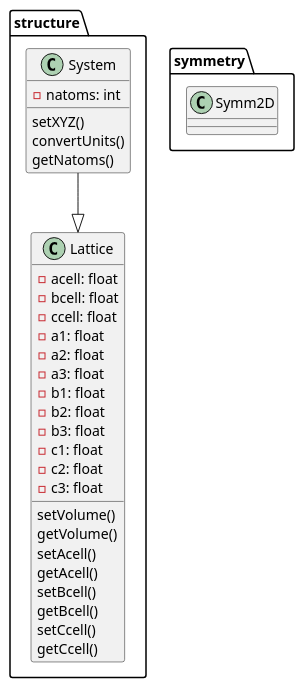
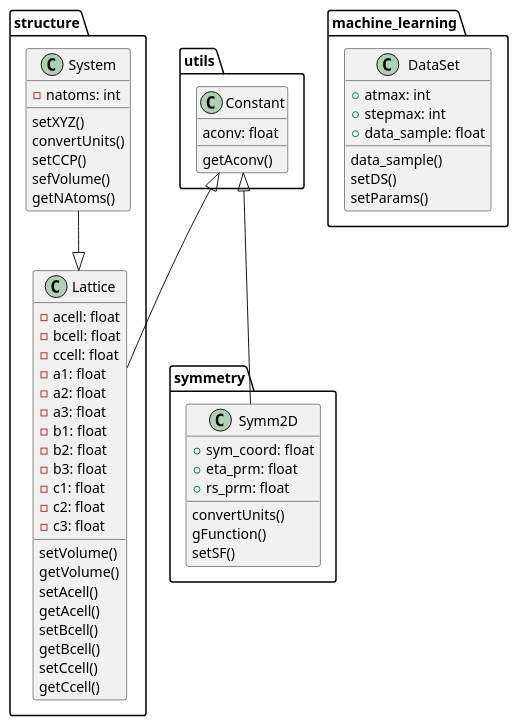
Before and after one commit to flavianowilliams/M3L: the diagram in docs/phase_diagram.puml, drawn with PlantUML. The commit also changed 7 other files, not shown here.

```diff
--- a/docs/phase_diagram.puml
+++ b/docs/phase_diagram.puml
@@ -1,38 +1,63 @@
 @startuml M3L
+package utils{
+    class Constant{
+        aconv: float
+        getAconv()
+    }
+}
 package structure{
     class Lattice{
         -acell: float
         -bcell: float
         -ccell: float
         -a1: float
         -a2: float
         -a3: float
         -b1: float
         -b2: float
         -b3: float
         -c1: float
         -c2: float
         -c3: float
         setVolume()
         getVolume()
         setAcell()
         getAcell()
         setBcell()
         getBcell()
         setCcell()
         getCcell()
     }
     class System{
         -natoms: int
         setXYZ()
         convertUnits()
-        getNatoms()
+        setCCP()
+        sefVolume()
+        getNAtoms()
     }
     System --|> Lattice
 }
 package symmetry{
     class Symm2D{
-        
+        +sym_coord: float
+        +eta_prm: float
+        +rs_prm: float
+        convertUnits()
+        gFunction()
+        setSF()
     }
 }
+package machine_learning{
+    class DataSet{
+        +atmax: int
+        +stepmax: int
+        +data_sample: float
+        data_sample()
+        setDS()
+        setParams()
+    }
+}
+Constant <|-- Lattice
+Constant <|-- Symm2D
 @enduml
```
